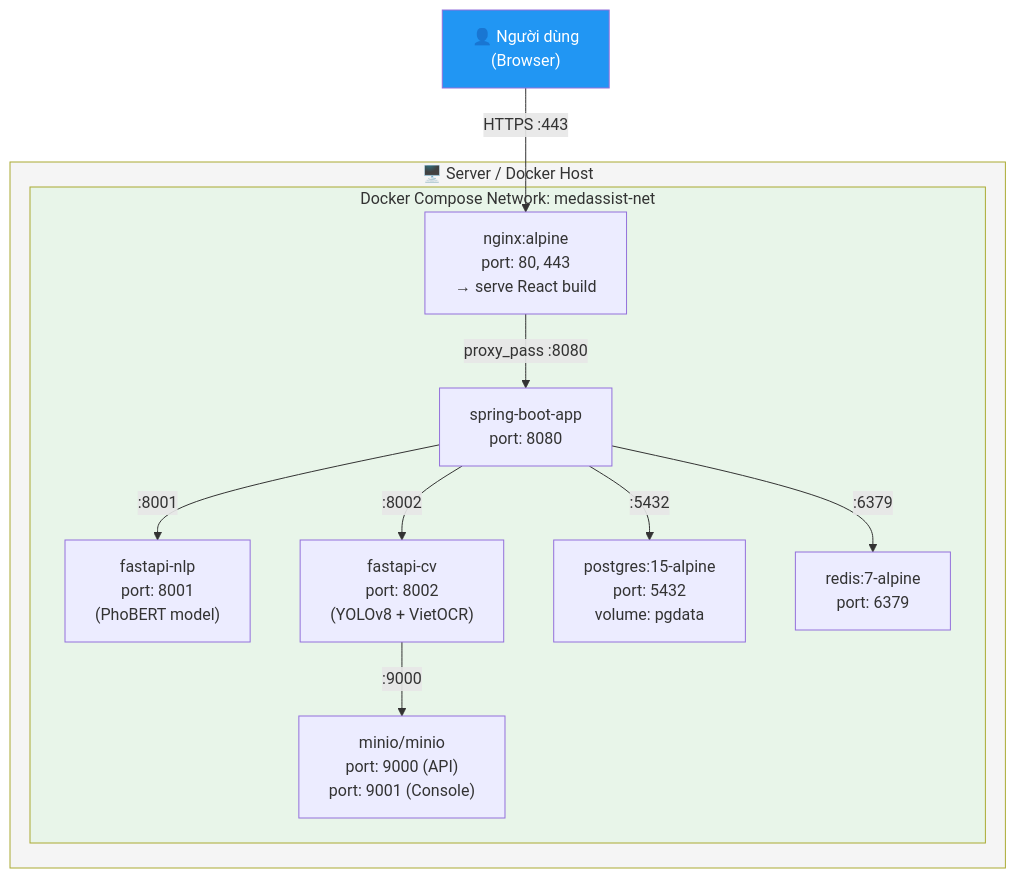
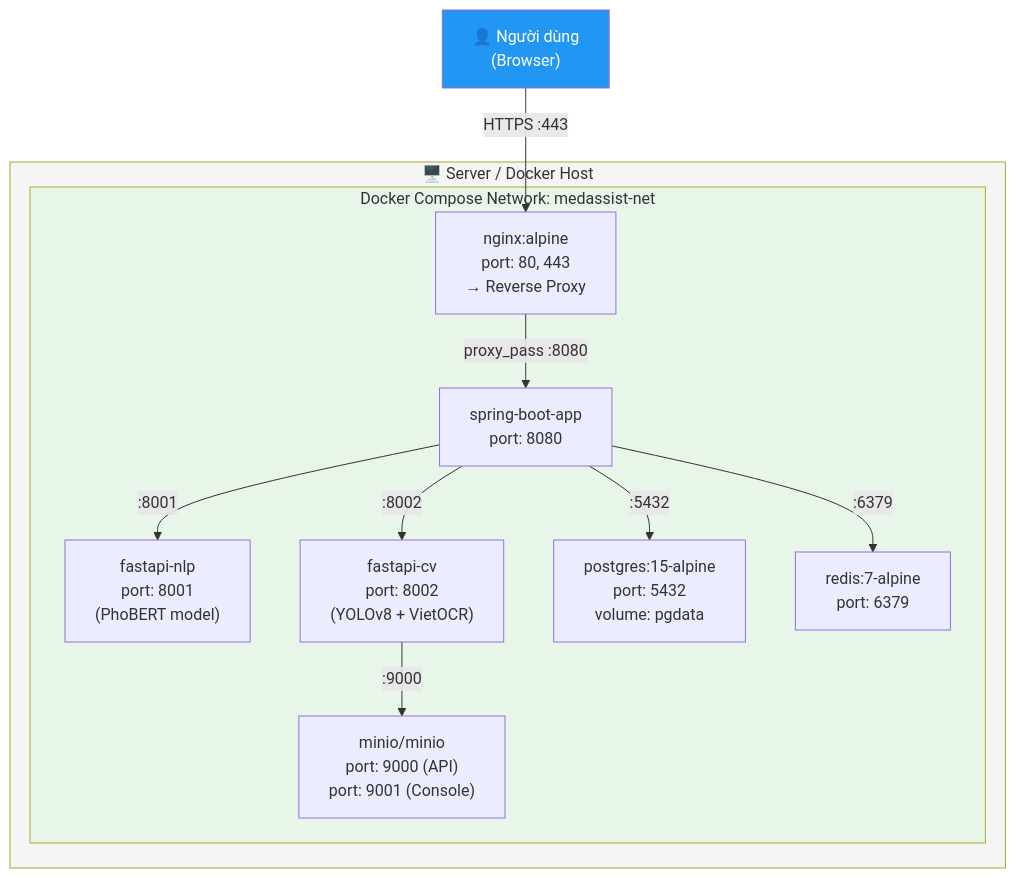
One commit to nguyng/DOANTRITUENHANTAO changed diagram 15 of 18 in So_Do_Mermaid.md. Above: the diagram before and after it, drawn with Mermaid. The commit also changed other lines of this file and 38 other files, not shown here.

````diff
--- a/So_Do_Mermaid.md
+++ b/So_Do_Mermaid.md
@@ -635,26 +632,26 @@
 ```mermaid
 graph TB
     subgraph SERVER["🖥️ Server / Docker Host"]
         subgraph DC["Docker Compose Network: medassist-net"]
-            NGINX["nginx:alpine\nport: 80, 443\n→ serve React build"]
+            NGINX["nginx:alpine\nport: 80, 443\n→ Reverse Proxy"]
             SB["spring-boot-app\nport: 8080"]
             NLP["fastapi-nlp\nport: 8001\n(PhoBERT model)"]
             CV["fastapi-cv\nport: 8002\n(YOLOv8 + VietOCR)"]
             PG["postgres:15-alpine\nport: 5432\nvolume: pgdata"]
             RD["redis:7-alpine\nport: 6379"]
             MN["minio/minio\nport: 9000 (API)\nport: 9001 (Console)"]
         end
     end
 
     USER["👤 Người dùng\n(Browser)"] -->|"HTTPS :443"| NGINX
     NGINX -->|"proxy_pass :8080"| SB
     SB -->|":8001"| NLP
     SB -->|":8002"| CV
     SB -->|":5432"| PG
     SB -->|":6379"| RD
     CV -->|":9000"| MN
 
     style SERVER fill:#f5f5f5
     style DC fill:#e8f5e9
     style USER fill:#2196f3,color:#fff
 ```
````
